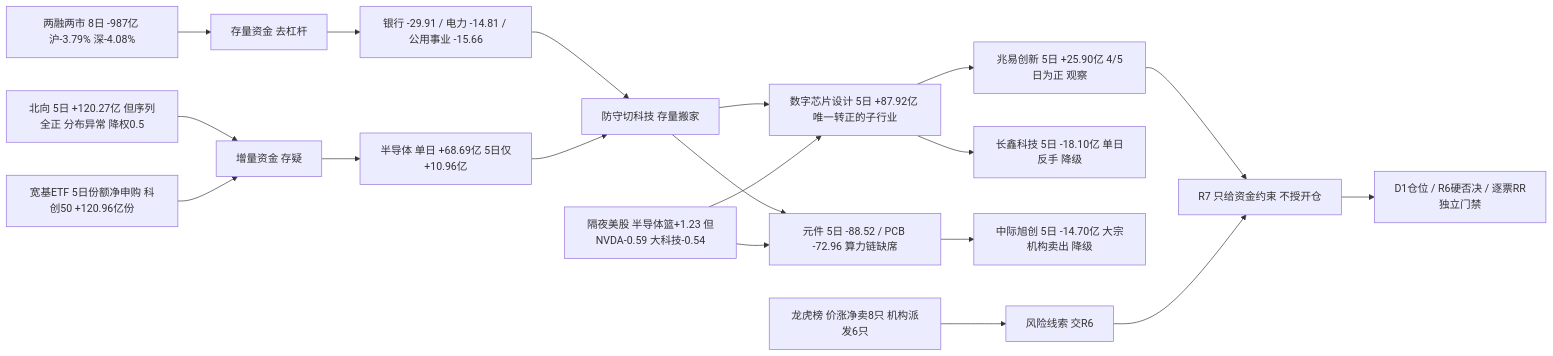
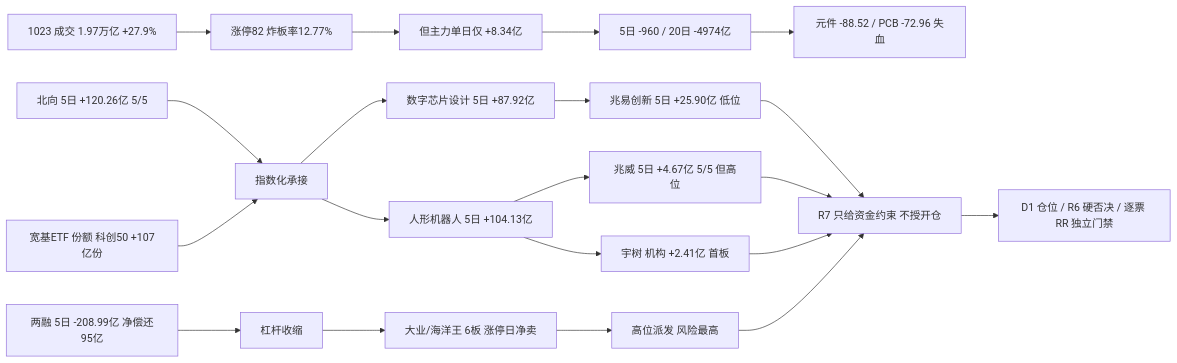
Before and after one commit to hesherchen-sketch/ray1992chzl: the diagram in content/投研交易/资金面/20261026.md, drawn with Mermaid. The commit also changed other lines of this file and 16 other files, not shown here.

````diff
--- a/content/投研交易/资金面/20261026.md
+++ b/content/投研交易/资金面/20261026.md
@@ -152,21 +50,22 @@
 ```mermaid
 flowchart LR
-  A[北向 5日 +120.27亿 但序列全正 分布异常 降权0.5] --> D[增量资金 存疑]
-  B[宽基ETF 5日份额净申购 科创50 +120.96亿份] --> D
-  C[两融两市 8日 -987亿 沪-3.79% 深-4.08%] --> E[存量资金 去杠杆]
-  D --> F[半导体 单日 +68.69亿 5日仅+10.96亿]
-  E --> G[银行 -29.91 / 电力 -14.81 / 公用事业 -15.66]
-  G --> H[防守切科技 存量搬家]
-  F --> H
-  H --> I[数字芯片设计 5日 +87.92亿 唯一转正的子行业]
-  H --> J[元件 5日 -88.52 / PCB -72.96 算力链缺席]
-  I --> K[兆易创新 5日 +25.90亿 4/5日为正 观察]
-  I --> L[长鑫科技 5日 -18.10亿 单日反手 降级]
-  J --> M[中际旭创 5日 -14.70亿 大宗机构卖出 降级]
-  N[隔夜美股 半导体篮+1.23 但NVDA-0.59 大科技-0.54] --> I
-  N --> J
-  O[龙虎榜 价涨净卖8只 机构派发6只] --> P[风险线索 交R6]
-  K --> Q[R7 只给资金约束 不授开仓]
-  P --> Q
-  Q --> R[D1仓位 / R6硬否决 / 逐票RR独立门禁]
+  A[1023 成交 1.97万亿 +27.9%] --> B[涨停82 炸板率12.77%]
+  B --> C[但主力单日仅 +8.34亿]
+  C --> D[5日 -960 / 20日 -4974亿]
+  E[北向 5日 +120.26亿 5/5] --> H[指数化承接]
+  F[宽基ETF 份额 科创50 +107亿份] --> H
+  G[两融 5日 -208.99亿 净偿还95亿] --> I[杠杆收缩]
+  H --> J[数字芯片设计 5日 +87.92亿]
+  H --> K[人形机器人 5日 +104.13亿]
+  D --> L[元件 -88.52 / PCB -72.96 失血]
+  J --> M[兆易创新 5日 +25.90亿 低位]
+  K --> N[兆威 5日 +4.67亿 5/5 但高位]
+  K --> O[宇树 机构 +2.41亿 首板]
+  I --> P[大业/海洋王 6板 涨停日净卖]
+  P --> Q[高位派发 风险最高]
+  M --> R[R7 只给资金约束 不授开仓]
+  N --> R
+  O --> R
+  Q --> R
+  R --> S[D1 仓位 / R6 硬否决 / 逐票 RR 独立门禁]
 ```
````
